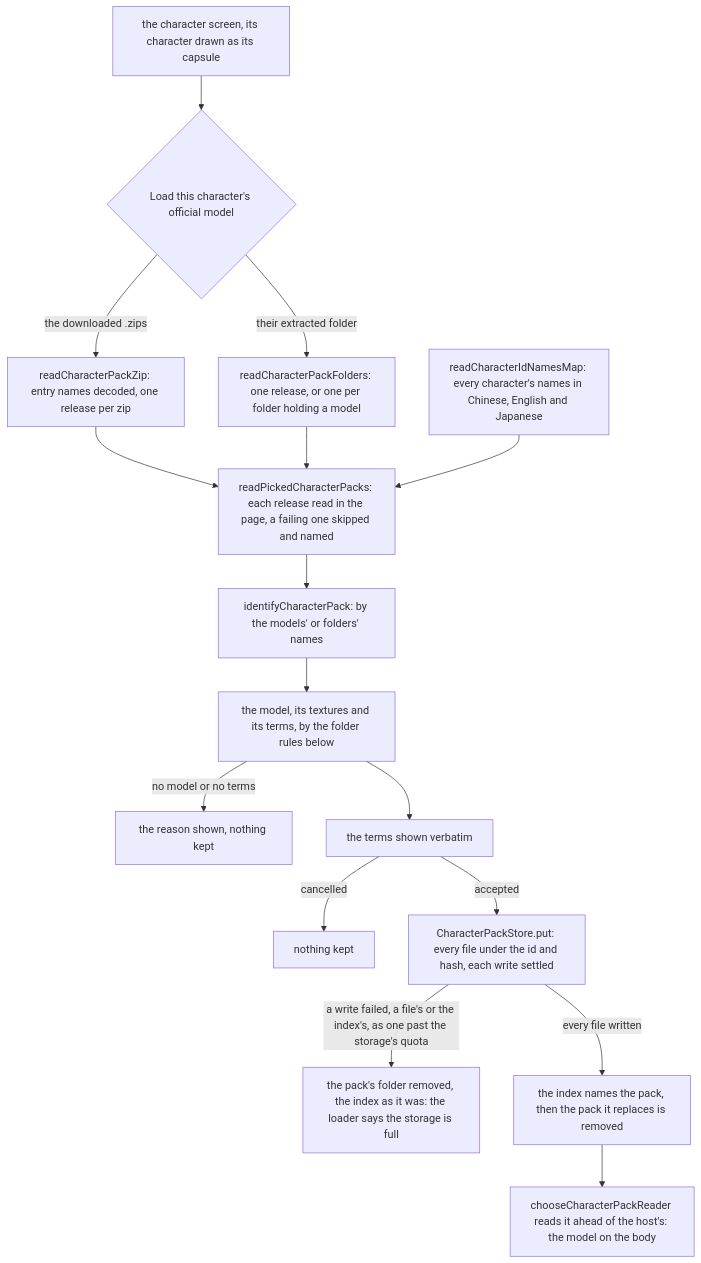
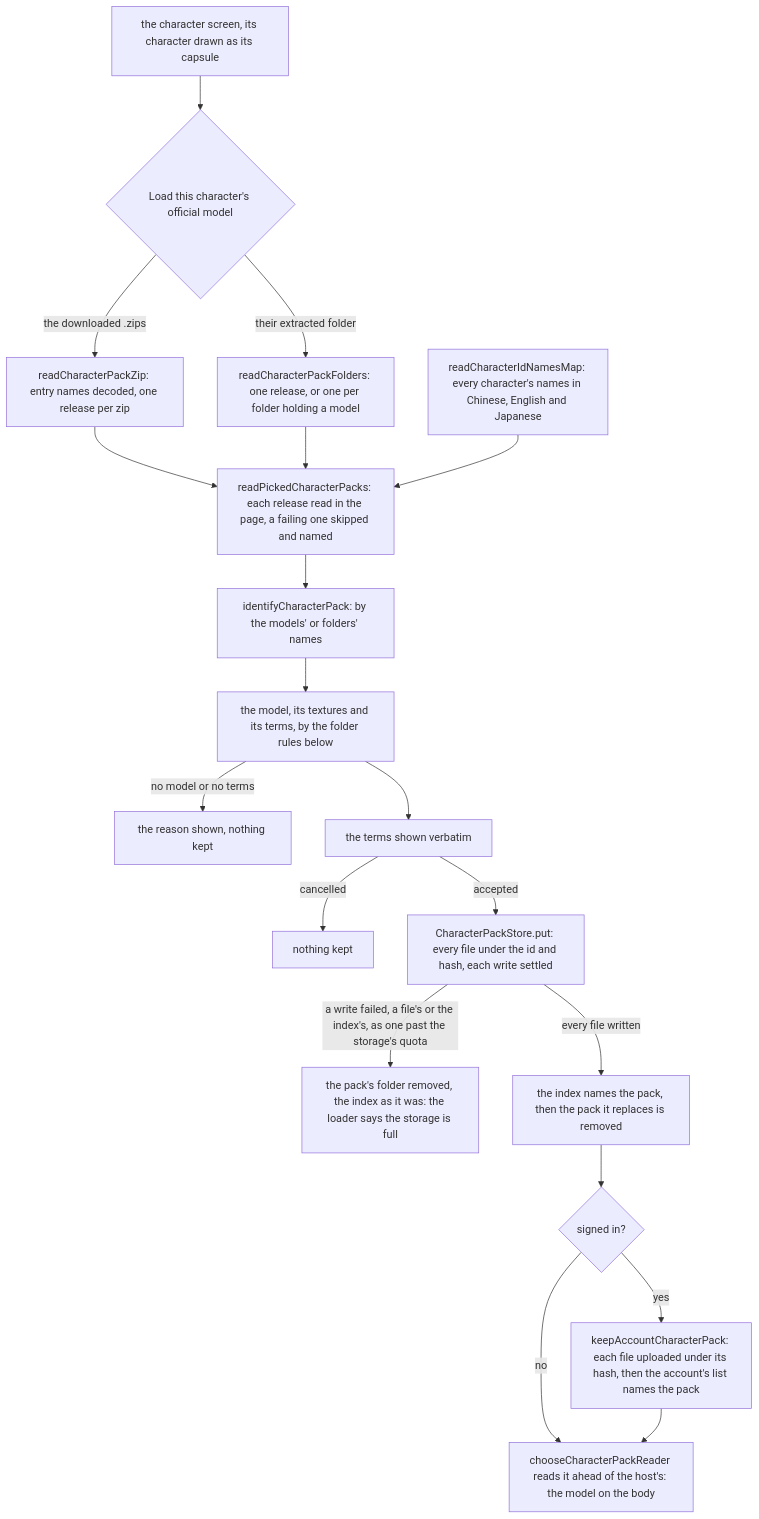
Before and after one commit to Esposter/Esposter: the first of 2 diagrams in apps/web/content/docs/genshin/characters/player-packs.md, drawn with Mermaid. The commit also changed other lines of this file and 7 other files, not shown here.

First line of the commit message:
feat(genshin-world): a signed-in player's pack is drawn from their account on any device

````diff
--- a/apps/web/content/docs/genshin/characters/player-packs.md
+++ b/apps/web/content/docs/genshin/characters/player-packs.md
@@ -12,18 +12,21 @@
 ```mermaid
 flowchart TD
   OPEN["the character screen, its character drawn as its capsule"] --> PICK{"Load this character's official model"}
   PICK -->|"the downloaded .zips"| ZIP["readCharacterPackZip: entry names decoded, one release per zip"]
   PICK -->|"their extracted folder"| FOLDER["readCharacterPackFolders: one release, or one per folder holding a model"]
   ZIP --> READ["readPickedCharacterPacks: each release read in the page, a failing one skipped and named"]
   FOLDER --> READ
   NAMES["readCharacterIdNamesMap: every character's names in Chinese, English and Japanese"] --> READ
   READ --> WHO["identifyCharacterPack: by the models' or folders' names"]
   WHO --> RULES["the model, its textures and its terms, by the folder rules below"]
   RULES -->|"no model or no terms"| REFUSED["the reason shown, nothing kept"]
   RULES --> TERMS["the terms shown verbatim"]
   TERMS -->|cancelled| DROPPED["nothing kept"]
   TERMS -->|accepted| PUT["CharacterPackStore.put: every file under the id and hash, each write settled"]
   PUT -->|"a write failed, a file's or the index's, as one past the storage's quota"| UNKEPT["the pack's folder removed, the index as it was: the loader says the storage is full"]
   PUT -->|"every file written"| INDEXED["the index names the pack, then the pack it replaces is removed"]
-  INDEXED --> DRAW["chooseCharacterPackReader reads it ahead of the host's: the model on the body"]
+  INDEXED --> SIGNED{"signed in?"}
+  SIGNED -->|no| DRAW["chooseCharacterPackReader reads it ahead of the host's: the model on the body"]
+  SIGNED -->|yes| KEEP["keepAccountCharacterPack: each file uploaded under its hash, then the account's list names the pack"]
+  KEEP --> DRAW
 ```
````
